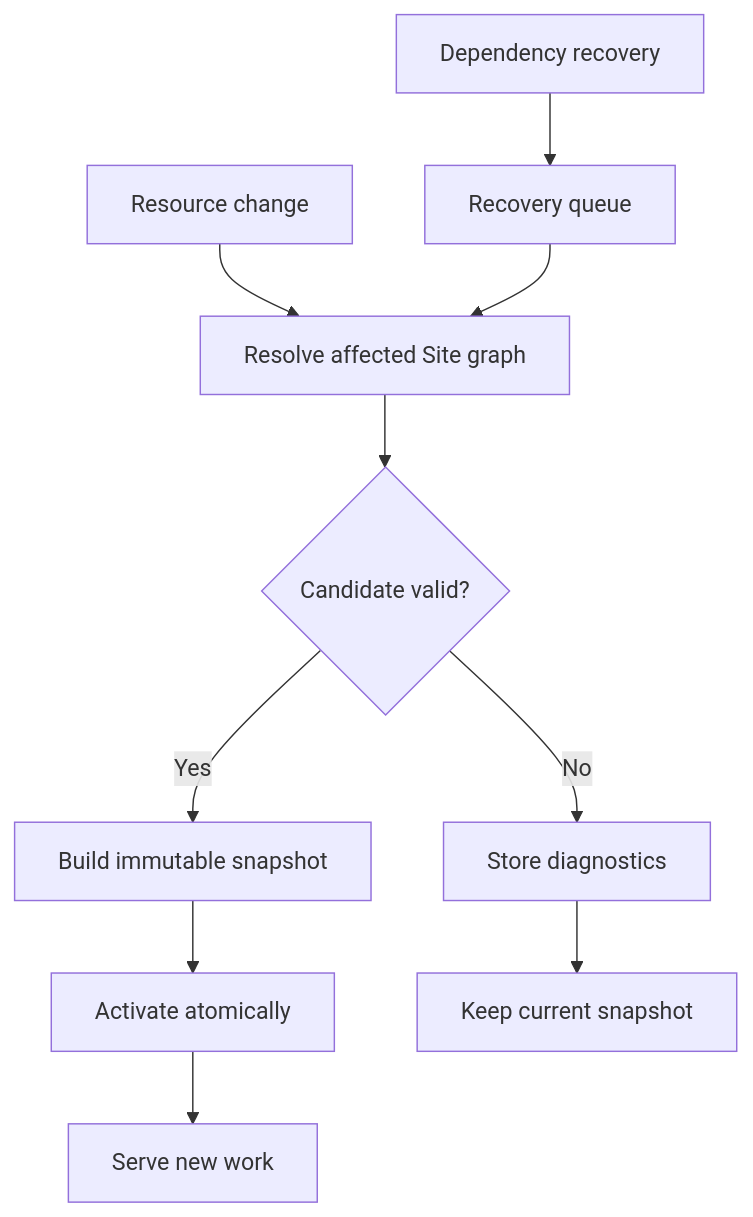
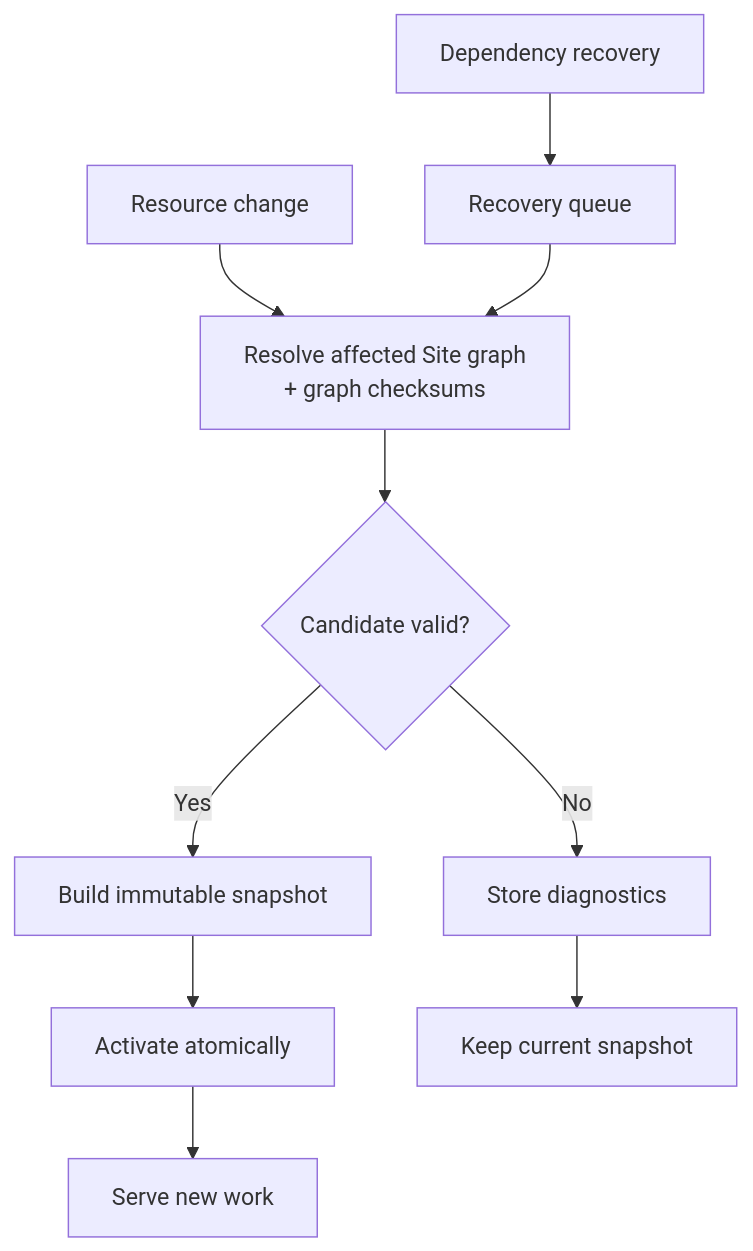
One commit to taskmigo/docs changed the first of 2 diagrams in content/versions/v0/manuals/runtime.mdx. Above: the diagram before and after it, drawn with Mermaid. The commit also changed other lines of this file and 7 other files, not shown here.

Commit message:
docs: propagate resolved graph checksums

````diff
--- a/content/versions/v0/manuals/runtime.mdx
+++ b/content/versions/v0/manuals/runtime.mdx
@@ -10,12 +10,12 @@
 ```mermaid
 flowchart TD
-  change["Resource change"] --> resolve["Resolve affected Site graph"]
+  change["Resource change"] --> resolve["Resolve affected Site graph\n+ graph checksums"]
   recovery["Dependency recovery"] --> queue["Recovery queue"]
   queue --> resolve
   resolve --> validate{"Candidate valid?"}
   validate -->|Yes| build["Build immutable snapshot"]
   build --> activate["Activate atomically"]
   validate -->|No| diagnostics["Store diagnostics"]
   diagnostics --> retain["Keep current snapshot"]
   activate --> serve["Serve new work"]
 ```
````
